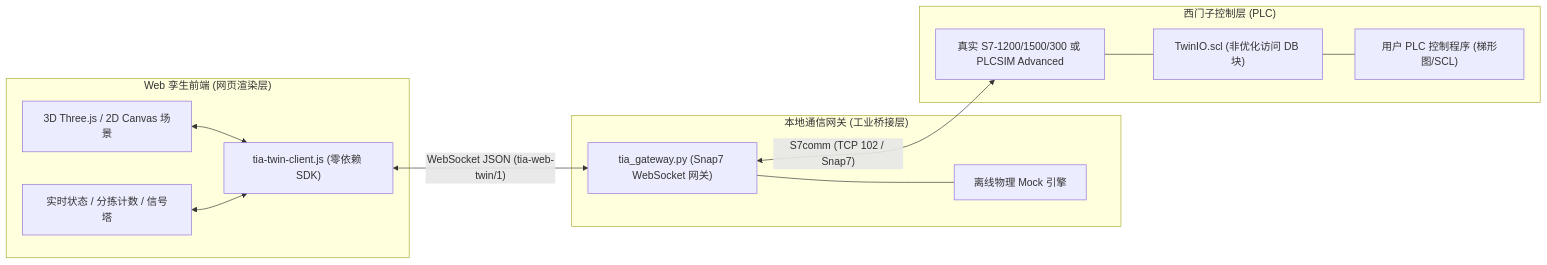
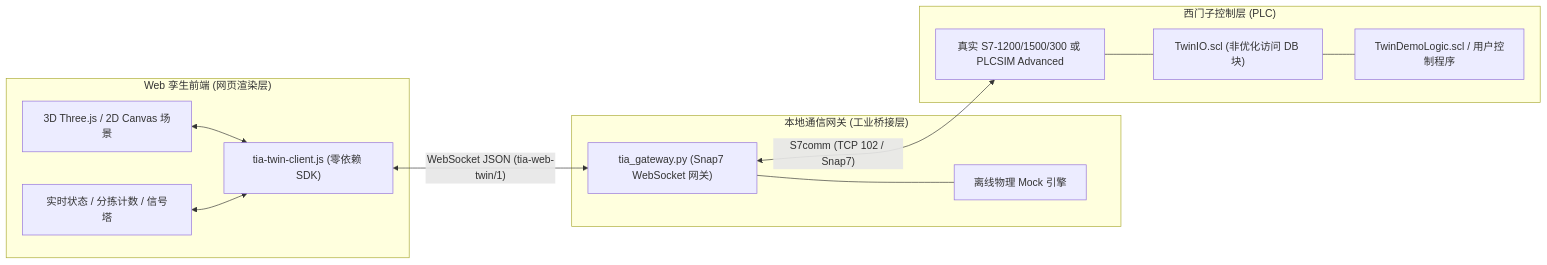
Before and after one commit to xukuncai-hub/siemens-s7-web-twin: the diagram in README.md, drawn with Mermaid. The commit also changed other lines of this file and 5 other files, not shown here.

Commit message:
feat: upgrade skill with dual-mode workflow, byte isolation rules, and companion TwinDemoLogic.scl

````diff
--- a/README.md
+++ b/README.md
@@ -62,27 +65,27 @@
 ```mermaid
 graph LR
     subgraph WebApp ["Web 孪生前端 (网页渲染层)"]
         Scene["3D Three.js / 2D Canvas 场景"]
         HUD["实时状态 / 分拣计数 / 信号塔"]
         Client["tia-twin-client.js (零依赖 SDK)"]
         Scene <--> Client
         HUD <--> Client
     end
 
     subgraph Gateway ["本地通信网关 (工业桥接层)"]
         Bridge["tia_gateway.py (Snap7 WebSocket 网关)"]
         Mock["离线物理 Mock 引擎"]
         Bridge --- Mock
     end
 
     subgraph Siemens ["西门子控制层 (PLC)"]
         PLCTarget["真实 S7-1200/1500/300 或 PLCSIM Advanced"]
         DB["TwinIO.scl (非优化访问 DB 块)"]
-        Logic["用户 PLC 控制程序 (梯形图/SCL)"]
+        Logic["TwinDemoLogic.scl / 用户控制程序"]
         PLCTarget --- DB
         DB --- Logic
     end
 
     Client -- "WebSocket JSON (tia-web-twin/1)" <--> Bridge
     Bridge -- "S7comm (TCP 102 / Snap7)" <--> PLCTarget
 ```
````
